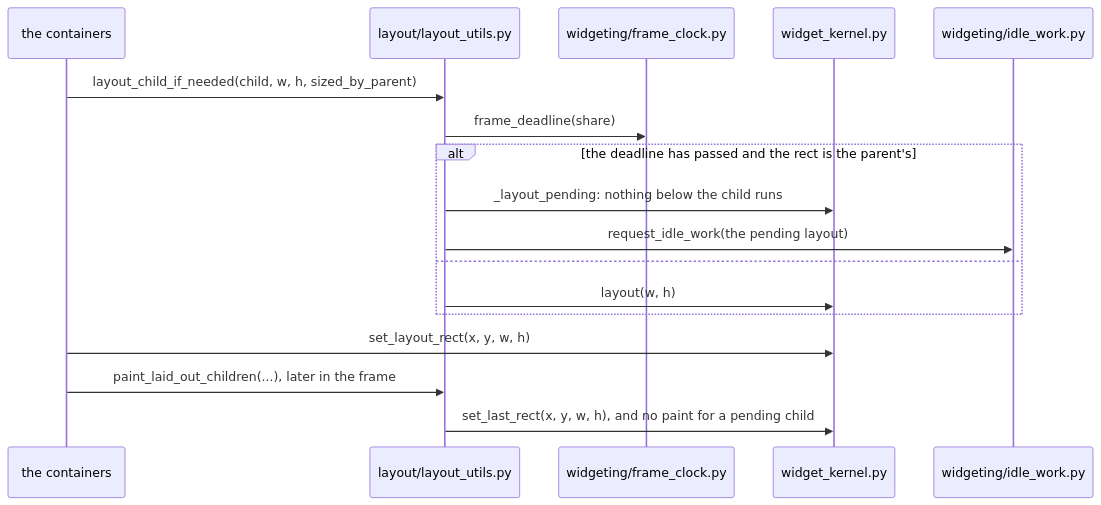
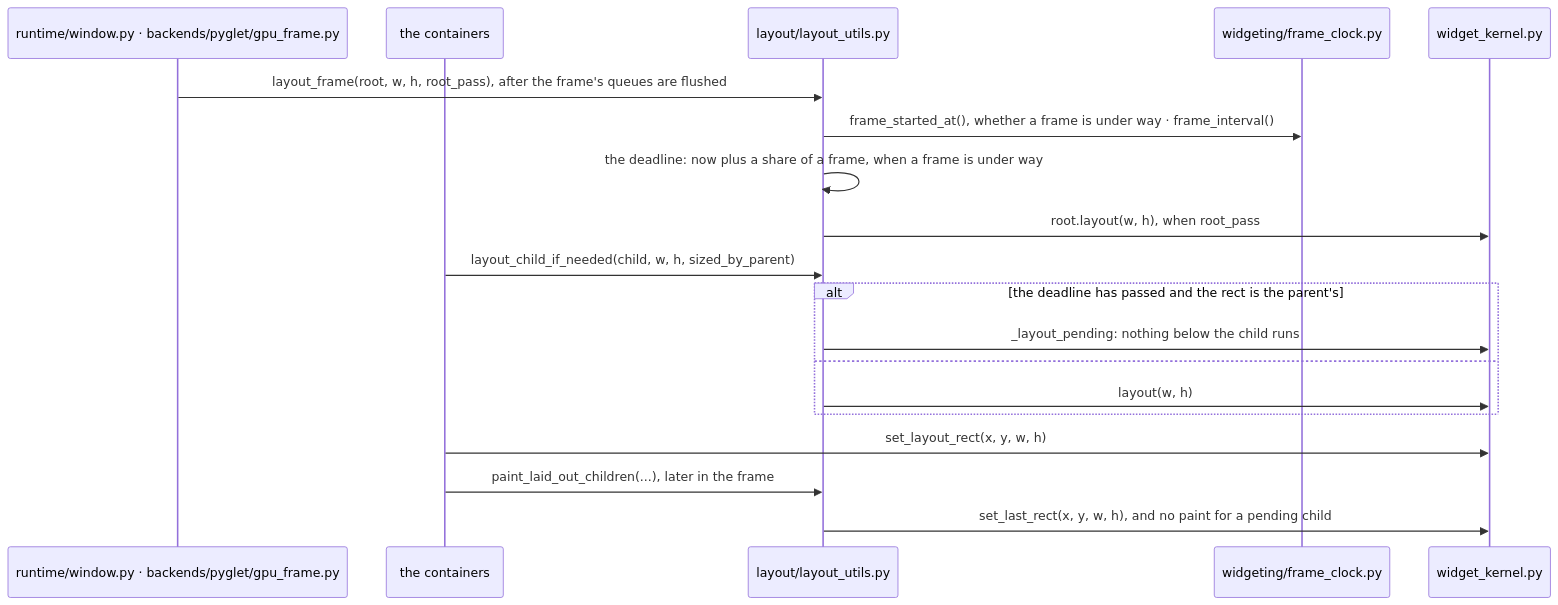
One commit to yuksblog/nuiitivet changed the ninth of 10 diagrams in docs/design/RENDERING_PIPELINE.md. Above: the diagram before and after it, drawn with Mermaid. The commit also changed other lines of this file and 18 other files, not shown here.

First line of the commit message:
fix(layout): stop a late frame from blanking the window

````diff
--- a/docs/design/RENDERING_PIPELINE.md
+++ b/docs/design/RENDERING_PIPELINE.md
@@ -309,20 +320,22 @@
 ```mermaid
 sequenceDiagram
+    participant W as runtime/window.py · backends/pyglet/gpu_frame.py
     participant C as the containers
     participant U as layout/layout_utils.py
     participant F as widgeting/frame_clock.py
     participant K as widget_kernel.py
-    participant I as widgeting/idle_work.py
 
+    W->>U: layout_frame(root, w, h, root_pass), after the frame's queues are flushed
+    U->>F: frame_started_at(), whether a frame is under way · frame_interval()
+    U->>U: the deadline: now plus a share of a frame, when a frame is under way
+    U->>K: root.layout(w, h), when root_pass
     C->>U: layout_child_if_needed(child, w, h, sized_by_parent)
-    U->>F: frame_deadline(share)
     alt the deadline has passed and the rect is the parent's
         U->>K: _layout_pending: nothing below the child runs
-        U->>I: request_idle_work(the pending layout)
     else
         U->>K: layout(w, h)
     end
     C->>K: set_layout_rect(x, y, w, h)
     C->>U: paint_laid_out_children(...), later in the frame
     U->>K: set_last_rect(x, y, w, h), and no paint for a pending child
 ```
````
